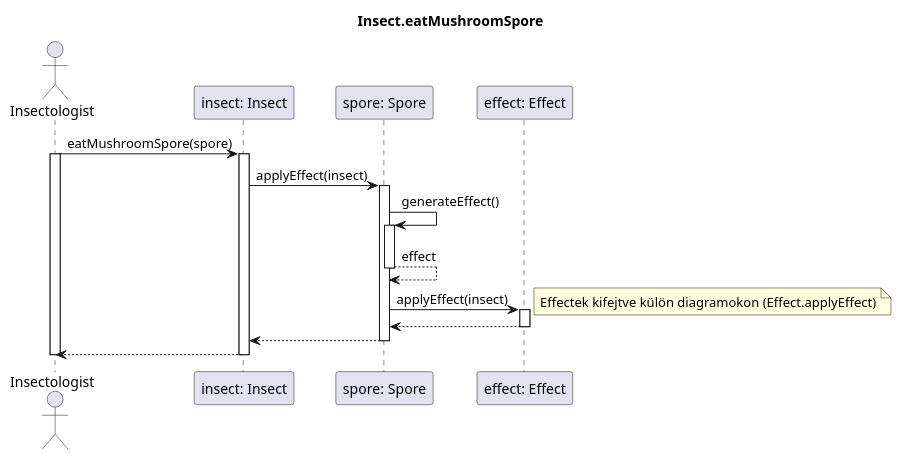
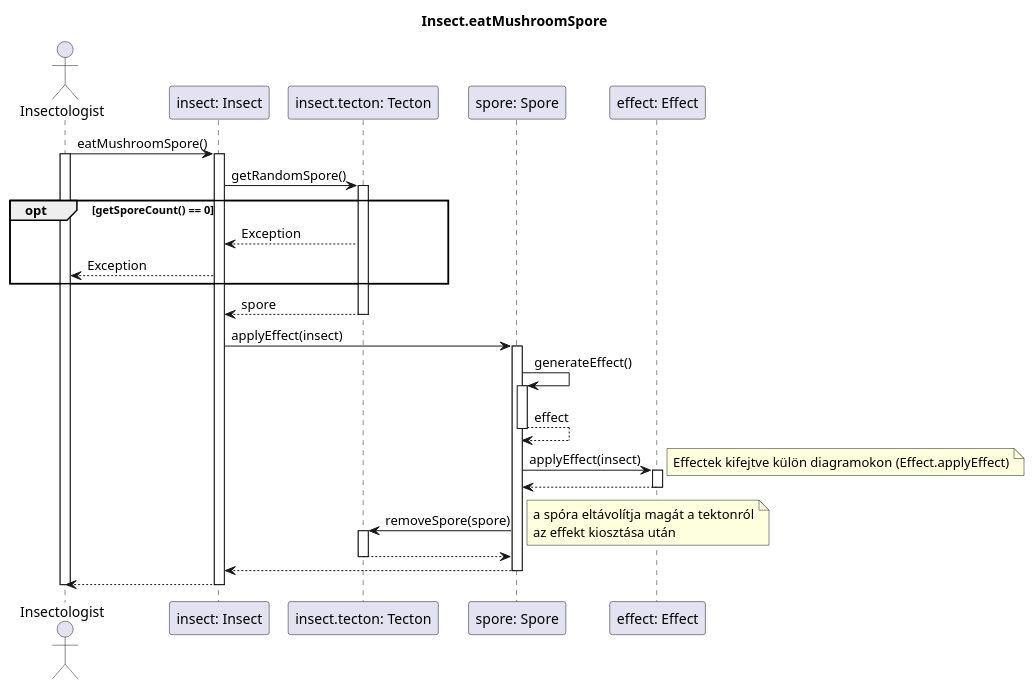
One commit to dzsem/projlab changed the diagram in diagrams/sequence/use_cases/eatMushroomSpore.plantuml. Above: the diagram before and after it, drawn with PlantUML.

Commit message:
Rework eatMushroomSpore sequence diagram

```diff
--- a/diagrams/sequence/use_cases/eatMushroomSpore.plantuml
+++ b/diagrams/sequence/use_cases/eatMushroomSpore.plantuml
@@ -1,36 +1,55 @@
 @startuml SporeEating
 title Insect.eatMushroomSpore
 
 actor "Insectologist" as insectologist  
 participant "insect: Insect" as insect
+participant "insect.tecton: Tecton" as tecton
 participant "spore: Spore" as spore
 participant "effect: Effect" as effect
 
-insectologist -> insect: eatMushroomSpore(spore)
+insectologist -> insect: eatMushroomSpore()
 activate insectologist
 activate insect
-    
-insect->spore : applyEffect(insect)
-activate spore
 
-spore->spore : generateEffect()
-activate spore
+	insect -> tecton: getRandomSpore()
+	activate tecton
 
-spore-->spore: effect
-deactivate spore
+	opt getSporeCount() == 0
+		insect <-- tecton: Exception
+		insectologist <-- insect: Exception
+	end
 
-spore ->effect : applyEffect(insect)
-activate effect
-note right: Effectek kifejtve külön diagramokon (Effect.applyEffect)
+	insect <-- tecton: spore
+	deactivate tecton
+		
+	insect->spore : applyEffect(insect)
+	activate spore
 
-spore <-- effect
-deactivate effect
+		spore->spore : generateEffect()
+		activate spore
 
-insect <-- spore
-deactivate spore
+		spore-->spore: effect
+		deactivate spore
+
+		spore -> effect : applyEffect(insect)
+		activate effect
+		note right: Effectek kifejtve külön diagramokon (Effect.applyEffect)
+
+		spore <-- effect
+		deactivate effect
+
+		spore -> tecton: removeSpore(spore)
+		note right: a spóra eltávolítja magát a tektonról\naz effekt kiosztása után
+		activate tecton
+
+		spore <-- tecton
+		deactivate tecton
+
+	insect <-- spore
+	deactivate spore
 
 insectologist <-- insect
 deactivate insect
 deactivate insectologist
 
 @enduml
```
